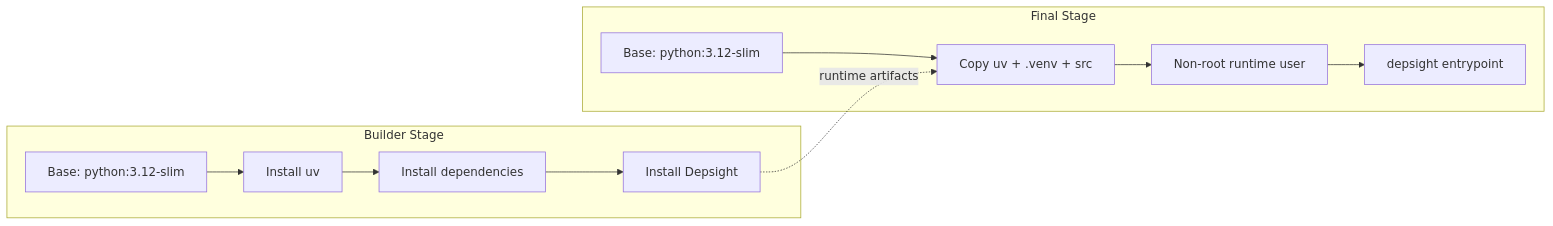
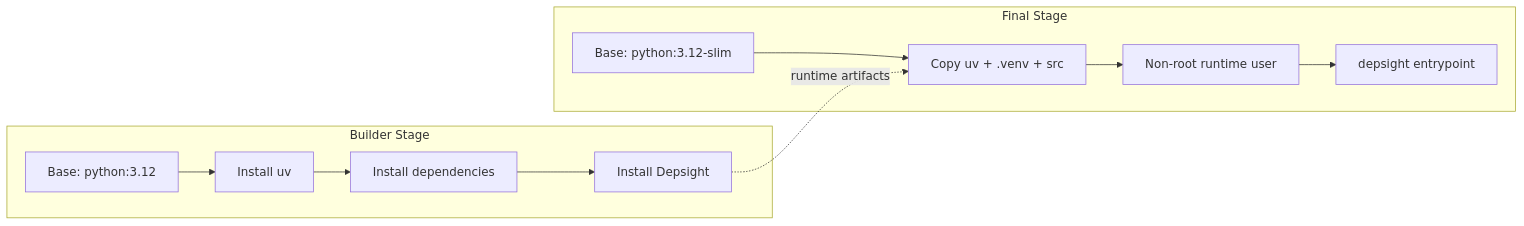
One commit to ValentinTwin1206/deply-dependency-manager changed the diagram in docs/technical-documentation/integration_and_deployment/containerization.md. Above: the diagram before and after it, drawn with Mermaid. The commit also changed other lines of this file and 7 other files, not shown here.

````diff
--- a/docs/technical-documentation/integration_and_deployment/containerization.md
+++ b/docs/technical-documentation/integration_and_deployment/containerization.md
@@ -58,20 +58,20 @@
 ```mermaid
 flowchart LR
   subgraph Builder["Builder Stage"]
-    B1["Base: python:3.12-slim"]
+    B1["Base: python:3.12"]
     B2["Install uv"]
     B3["Install dependencies"]
     B4["Install Depsight"]
   end
 
   subgraph Final["Final Stage"]
     F1["Base: python:3.12-slim"]
     F2["Copy uv + .venv + src"]
     F3["Non-root runtime user"]
     F4["depsight entrypoint"]
   end
 
   B1 --> B2 --> B3 --> B4
   F1 --> F2 --> F3 --> F4
   B4 -. runtime artifacts .-> F2
 ```
````
